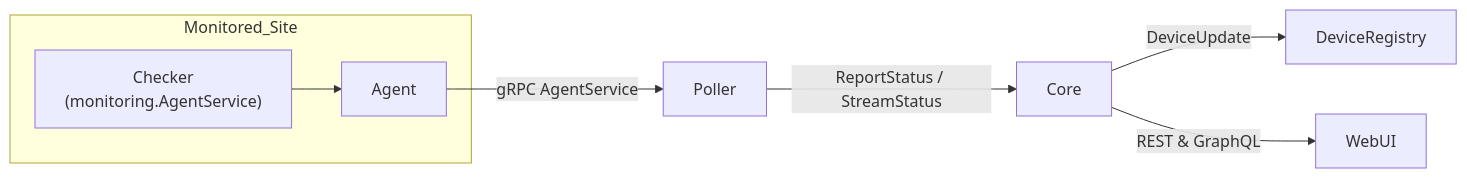
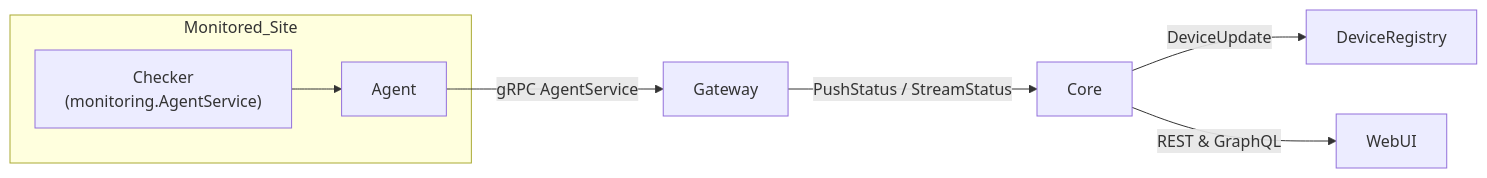
Before and after one commit to carverauto/serviceradar: the first of 2 diagrams in docs/docs/custom-checkers.md, drawn with Mermaid. The commit also changed other lines of this file and 643 other files, not shown here.

````diff
--- a/docs/docs/custom-checkers.md
+++ b/docs/docs/custom-checkers.md
@@ -16,10 +16,10 @@
 ```mermaid
 flowchart LR
     subgraph Monitored_Site
         Checker["Checker<br/>(monitoring.AgentService)"] --> Agent
     end
-    Agent -->|gRPC AgentService| Poller
-    Poller -->|ReportStatus / StreamStatus| Core
+    Agent -->|gRPC AgentService| Gateway
+    Gateway -->|PushStatus / StreamStatus| Core
     Core -->|DeviceUpdate| DeviceRegistry
     Core -->|REST & GraphQL| WebUI
 ```
````
